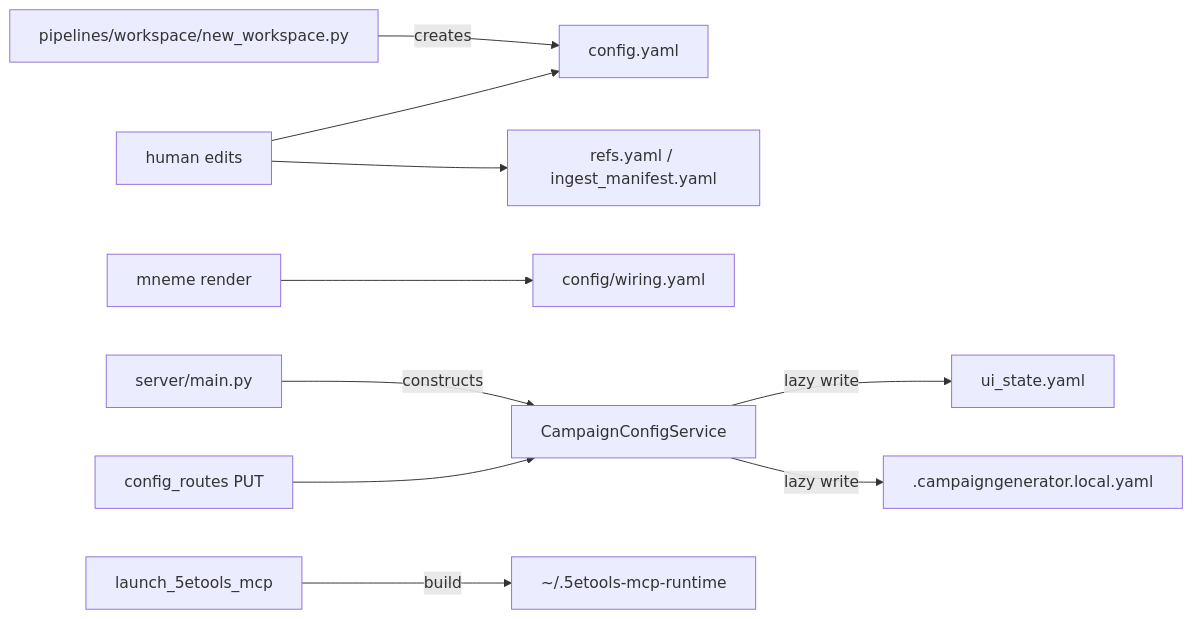
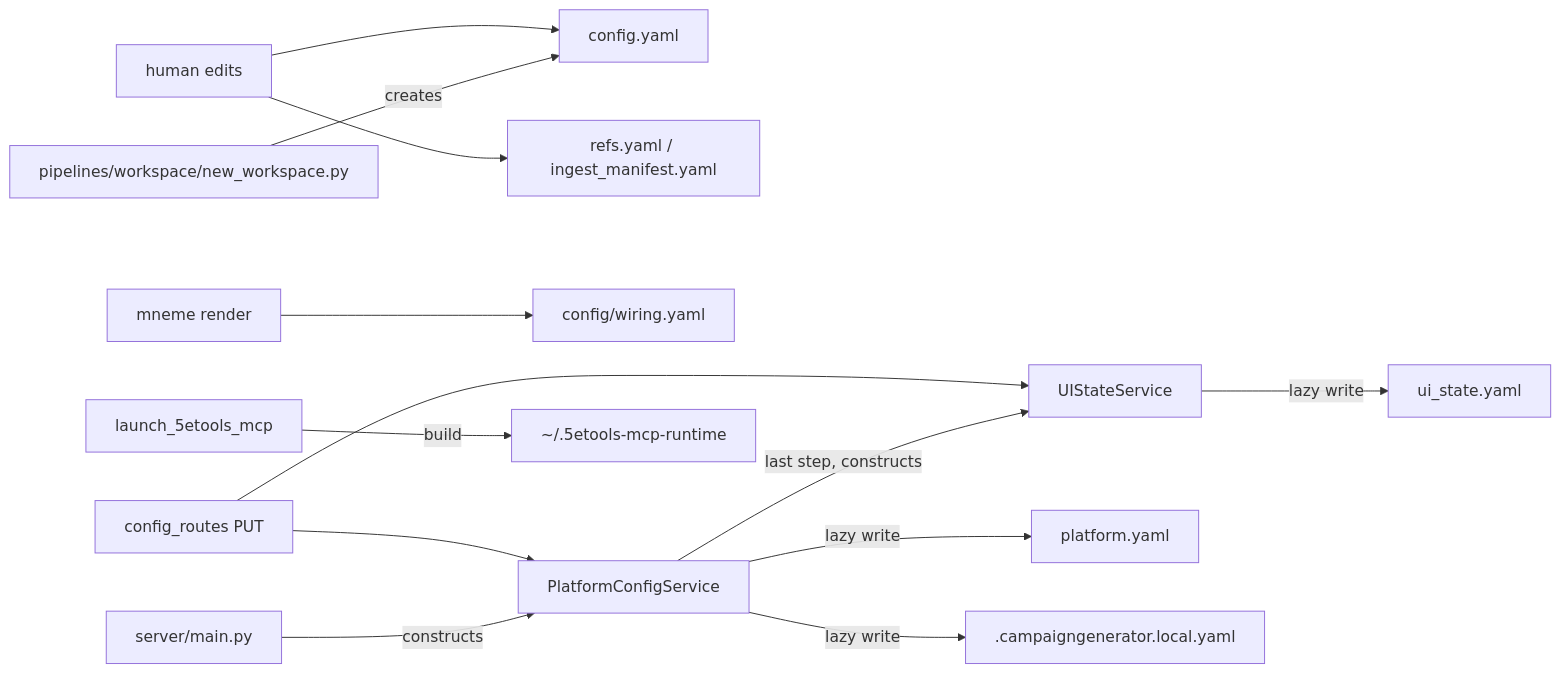
The diagram in docs/config/crud.md (kostadis/CampaignGenerator), drawn with Mermaid before and after one commit. The commit also changed other lines of this file and 5 other files, not shown here.

````diff
--- a/docs/config/crud.md
+++ b/docs/config/crud.md
@@ -7,12 +7,15 @@
 ```mermaid
 flowchart LR
   NW[pipelines/workspace/new_workspace.py] -->|creates| CY[config.yaml]
   Human[human edits] --> CY
   Human --> REFS[refs.yaml / ingest_manifest.yaml]
   MNEME[mneme render] --> WIRING[config/wiring.yaml]
-  MAIN[server/main.py] -->|constructs| SVC[CampaignConfigService]
-  SVC -->|lazy write| US[ui_state.yaml]
-  SVC -->|lazy write| LC[.campaigngenerator.local.yaml]
-  HTTP[config_routes PUT] --> SVC
+  MAIN[server/main.py] -->|constructs| PLAT[PlatformConfigService]
+  PLAT -->|last step, constructs| UIS[UIStateService]
+  PLAT -->|lazy write| PY[platform.yaml]
+  PLAT -->|lazy write| LC[.campaigngenerator.local.yaml]
+  UIS -->|lazy write| US[ui_state.yaml]
+  HTTP[config_routes PUT] --> PLAT
+  HTTP --> UIS
   LAUNCH[launch_5etools_mcp] -->|build| RT[~/.5etools-mcp-runtime]
 ```
````
